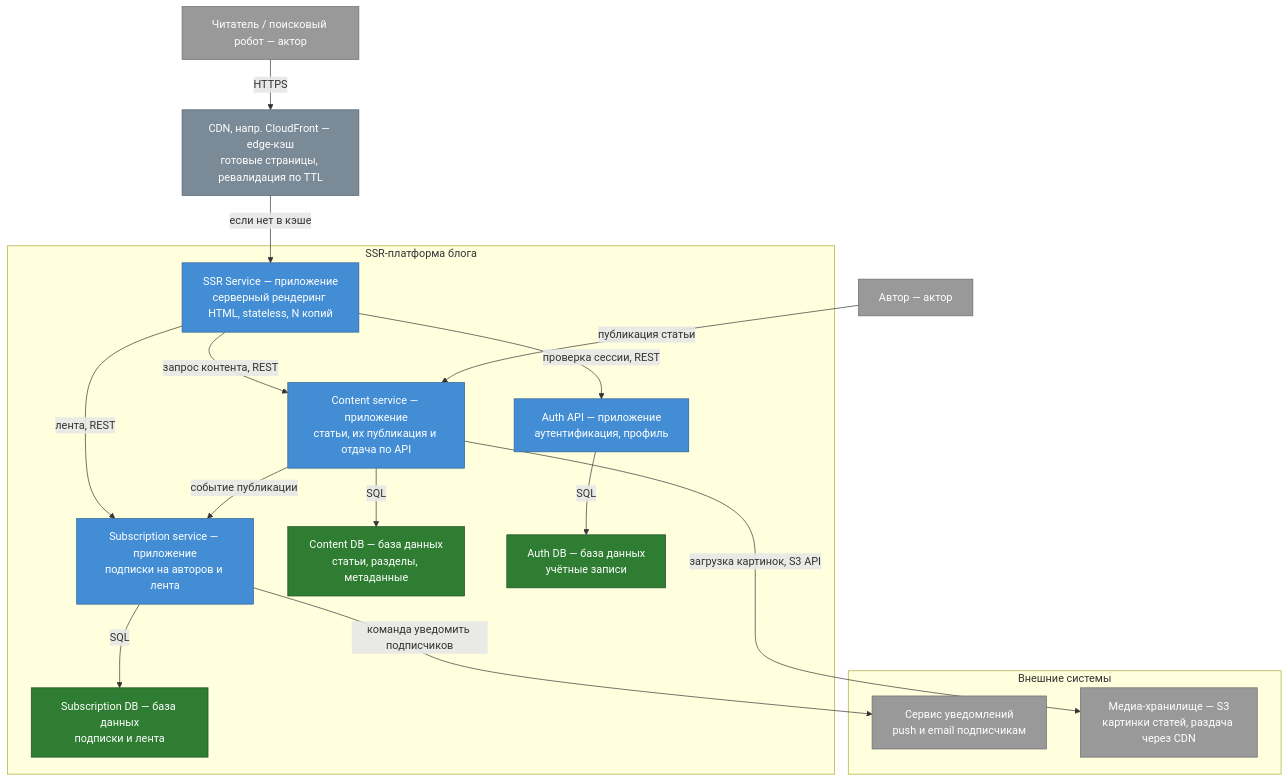
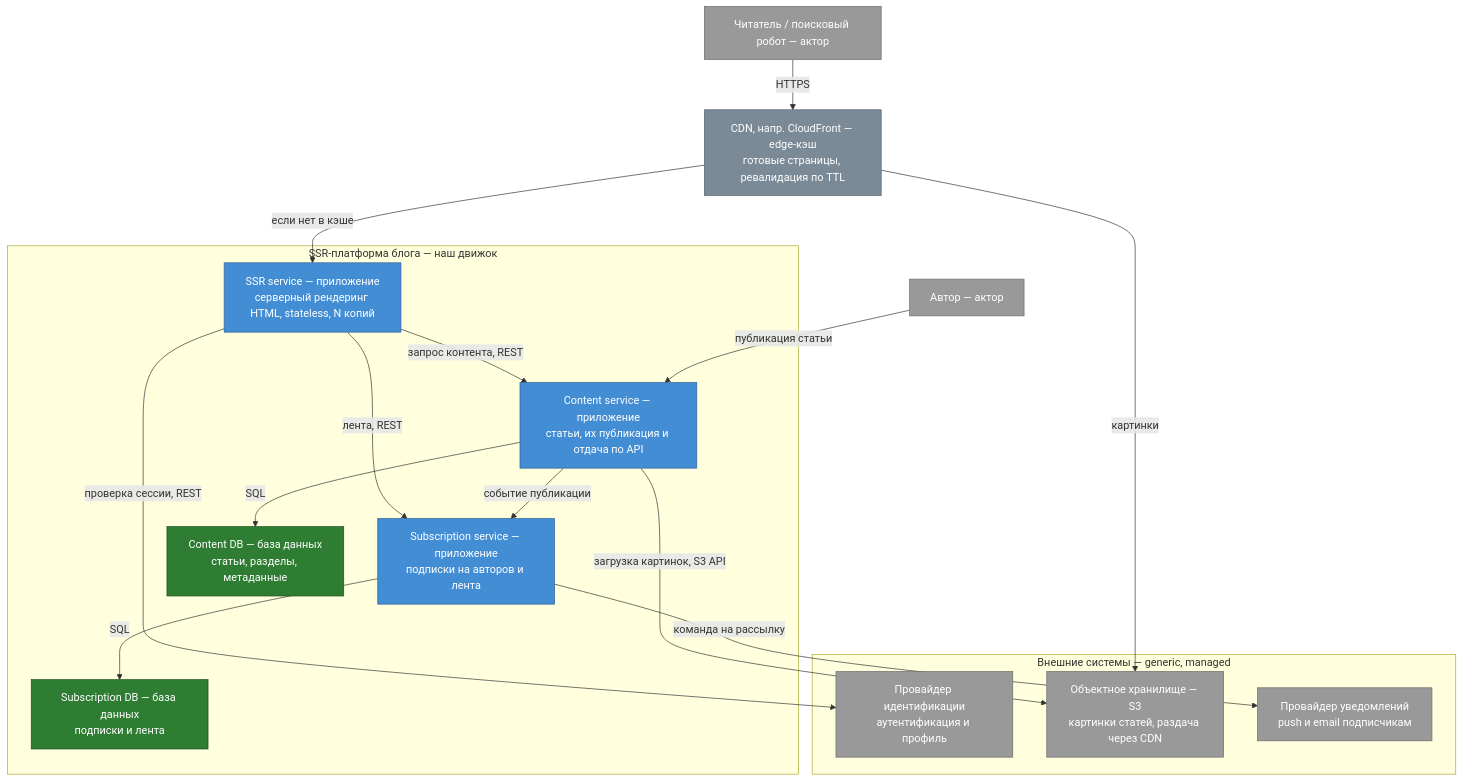
The diagram in docs/views/c4-container.md (mekostin/otus-arc-web-project), drawn with Mermaid before and after one commit. The commit also changed other lines of this file and 6 other files, not shown here.

Commit message:
W3: Fix review — generic subdomains as external, unify naming, CDN status

````diff
--- a/docs/views/c4-container.md
+++ b/docs/views/c4-container.md
@@ -8,44 +8,43 @@
 ```mermaid
 graph TB
     reader["Читатель / поисковый робот — актор"]
     author["Автор — актор"]
 
     cdn["CDN, напр. CloudFront — edge-кэш<br/>готовые страницы, ревалидация по TTL"]
 
-    subgraph platform["SSR-платформа блога"]
-        ssr["SSR Service — приложение<br/>серверный рендеринг HTML, stateless, N копий"]
+    subgraph platform["SSR-платформа блога — наш движок"]
+        ssr["SSR service — приложение<br/>серверный рендеринг HTML, stateless, N копий"]
         content["Content service — приложение<br/>статьи, их публикация и отдача по API"]
-        authApi["Auth API — приложение<br/>аутентификация, профиль"]
         subs["Subscription service — приложение<br/>подписки на авторов и лента"]
         contentDb["Content DB — база данных<br/>статьи, разделы, метаданные"]
-        authDb["Auth DB — база данных<br/>учётные записи"]
         subsDb["Subscription DB — база данных<br/>подписки и лента"]
     end
 
-    subgraph externals["Внешние системы"]
-        notify["Сервис уведомлений<br/>push и email подписчикам"]
-        media["Медиа-хранилище — S3<br/>картинки статей, раздача через CDN"]
+    subgraph externals["Внешние системы — generic, managed"]
+        identity["Провайдер идентификации<br/>аутентификация и профиль"]
+        media["Объектное хранилище — S3<br/>картинки статей, раздача через CDN"]
+        notify["Провайдер уведомлений<br/>push и email подписчикам"]
     end
 
     reader -->|"HTTPS"| cdn
     cdn -->|"если нет в кэше"| ssr
+    cdn -->|"картинки"| media
     ssr -->|"запрос контента, REST"| content
-    ssr -->|"проверка сессии, REST"| authApi
+    ssr -->|"проверка сессии, REST"| identity
     ssr -->|"лента, REST"| subs
     content -->|"SQL"| contentDb
-    authApi -->|"SQL"| authDb
     subs -->|"SQL"| subsDb
     author -->|"публикация статьи"| content
+    content -->|"загрузка картинок, S3 API"| media
     content -->|"событие публикации"| subs
-    subs -->|"команда уведомить подписчиков"| notify
-    content -->|"загрузка картинок, S3 API"| media
+    subs -->|"команда на рассылку"| notify
 
     classDef container fill:#438dd5,stroke:#2e6295,color:#ffffff;
     classDef store fill:#2e7d32,stroke:#1b4d20,color:#ffffff;
     classDef infra fill:#7b8a97,stroke:#55606b,color:#ffffff;
     classDef external fill:#999999,stroke:#6b6b6b,color:#ffffff;
-    class ssr,content,authApi,subs container;
-    class contentDb,authDb,subsDb store;
+    class ssr,content,subs container;
+    class contentDb,subsDb store;
     class cdn infra;
-    class reader,author,notify,media external;
+    class reader,author,identity,media,notify external;
 ```
````
